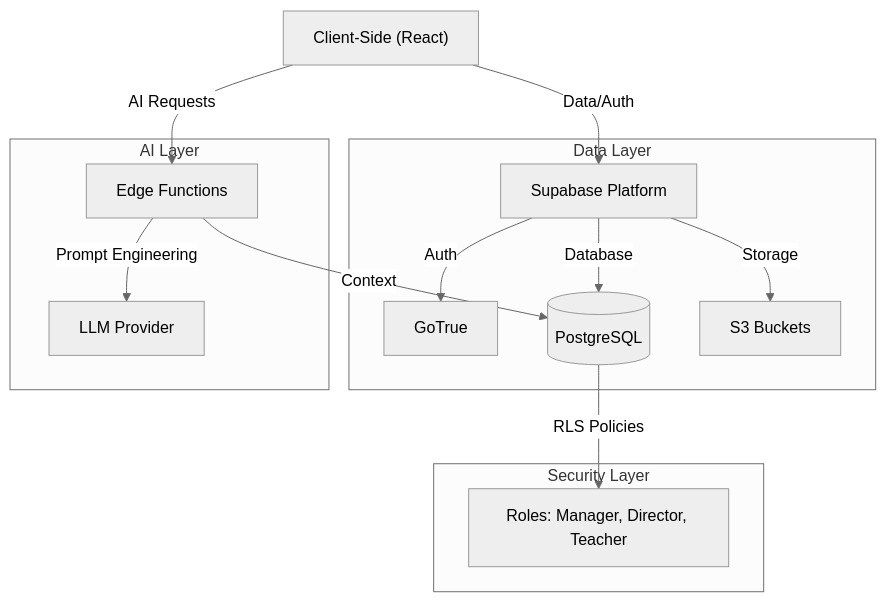
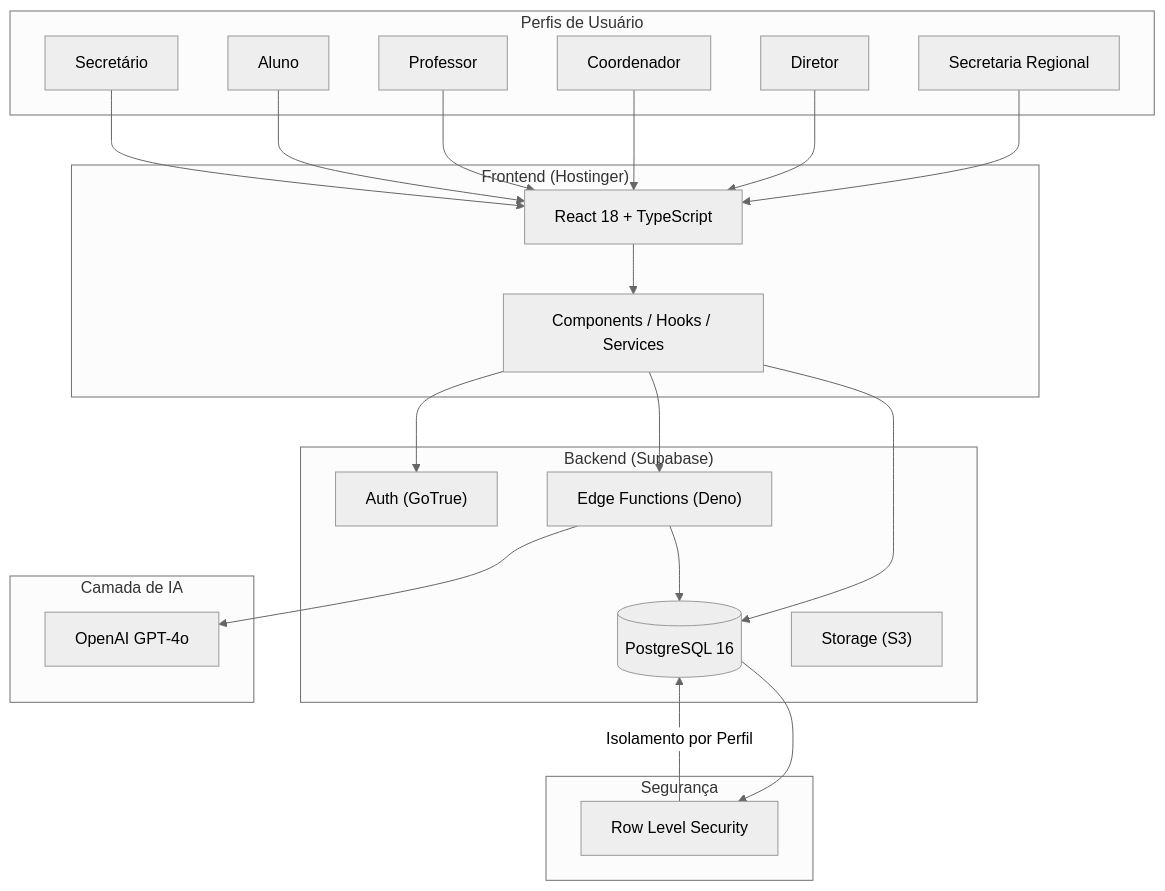
Before and after one commit to Omniamind-org/educai-gyn: the diagram in README.md, drawn with Mermaid (neutral theme). The commit also changed other lines of this file, not shown here.

Commit message:
docs: improve architecture diagram with user profiles and infrastructure layers

````diff
--- a/README.md
+++ b/README.md
@@ -128,20 +128,49 @@
 ```mermaid
-graph TD
-    Client["Client-Side (React)"] -->|Data/Auth| Supabase["Supabase Platform"]
-    Client -->|AI Requests| Edge["Edge Functions"]
-    
-    subgraph Data Layer
-    Supabase -->|Auth| Auth["GoTrue"]
-    Supabase -->|Database| DB[("PostgreSQL")]
-    Supabase -->|Storage| Storage["S3 Buckets"]
-    end
-    
-    subgraph AI Layer
-    Edge -->|Prompt Engineering| OpenAI["LLM Provider"]
-    Edge -->|Context| DB
+graph TB
+    subgraph Users ["Perfis de Usuário"]
+        Regional["Secretaria Regional"]
+        Director["Diretor"]
+        Coordinator["Coordenador"]
+        Teacher["Professor"]
+        Student["Aluno"]
+        Secretary["Secretário"]
     end
 
-    subgraph Security Layer
-    DB -->|RLS Policies| Roles["Roles: Manager, Director, Teacher"]
+    subgraph Frontend ["Frontend (Hostinger)"]
+        React["React 18 + TypeScript"]
+        Components["Components / Hooks / Services"]
     end
+
+    subgraph Backend ["Backend (Supabase)"]
+        Auth["Auth (GoTrue)"]
+        DB[("PostgreSQL 16")]
+        Storage["Storage (S3)"]
+        Edge["Edge Functions (Deno)"]
+    end
+
+    subgraph AI ["Camada de IA"]
+        LLM["OpenAI GPT-4o"]
+    end
+
+    subgraph Security ["Segurança"]
+        RLS["Row Level Security"]
+    end
+
+    Regional --> React
+    Director --> React
+    Coordinator --> React
+    Teacher --> React
+    Student --> React
+    Secretary --> React
+
+    React --> Components
+    Components --> Auth
+    Components --> DB
+    Components --> Edge
+
+    Edge --> LLM
+    Edge --> DB
+
+    DB --> RLS
+    RLS --> |"Isolamento por Perfil"| DB
 ```
````
